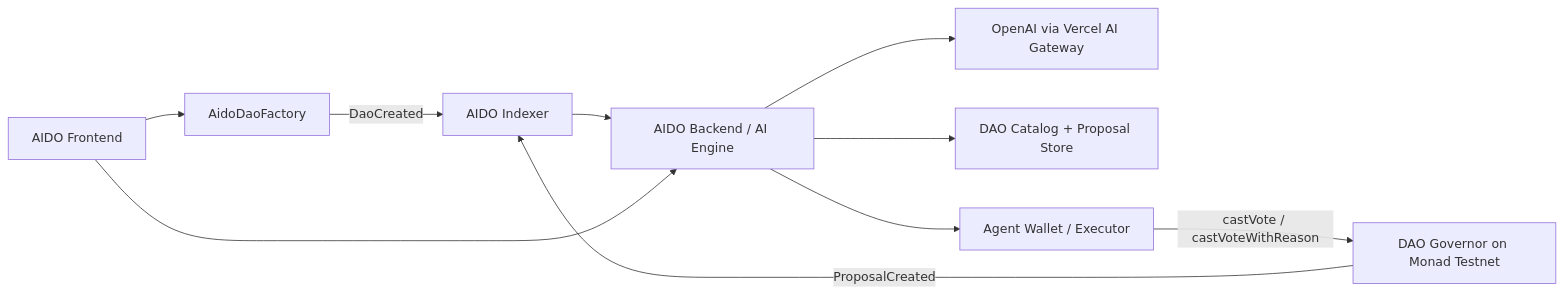
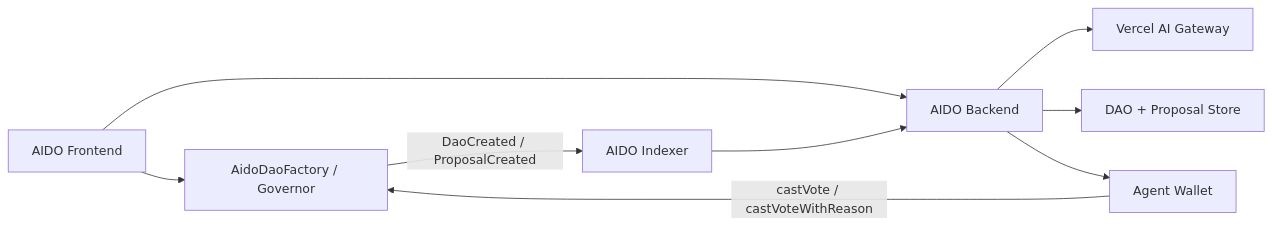
The diagram in README.md (ahmadstiff/aido), drawn with Mermaid before and after one commit. The commit also changed other lines of this file and 20 other files, not shown here.

Commit message:
refactor: consolidate project architecture and update documentation for AI-powered Monad governance stack.

````diff
--- a/README.md
+++ b/README.md
@@ -92,12 +48,11 @@
 ```mermaid
 flowchart LR
-  A["AidoDaoFactory"] -->|DaoCreated| B["AIDO Indexer"]
-  C["DAO Governor on Monad Testnet"] -->|ProposalCreated| B
-  B --> D["AIDO Backend / AI Engine"]
-  D --> E["OpenAI via Vercel AI Gateway"]
-  D --> F["DAO Catalog + Proposal Store"]
-  D --> G["Agent Wallet / Executor"]
-  G -->|castVote / castVoteWithReason| C
-  H["AIDO Frontend"] --> A
-  H --> D
+  A["AidoDaoFactory / Governor"] -->|DaoCreated / ProposalCreated| B["AIDO Indexer"]
+  B --> C["AIDO Backend"]
+  C --> D["Vercel AI Gateway"]
+  C --> E["DAO + Proposal Store"]
+  C --> F["Agent Wallet"]
+  F -->|castVote / castVoteWithReason| A
+  G["AIDO Frontend"] --> C
+  G --> A
 ```
````
